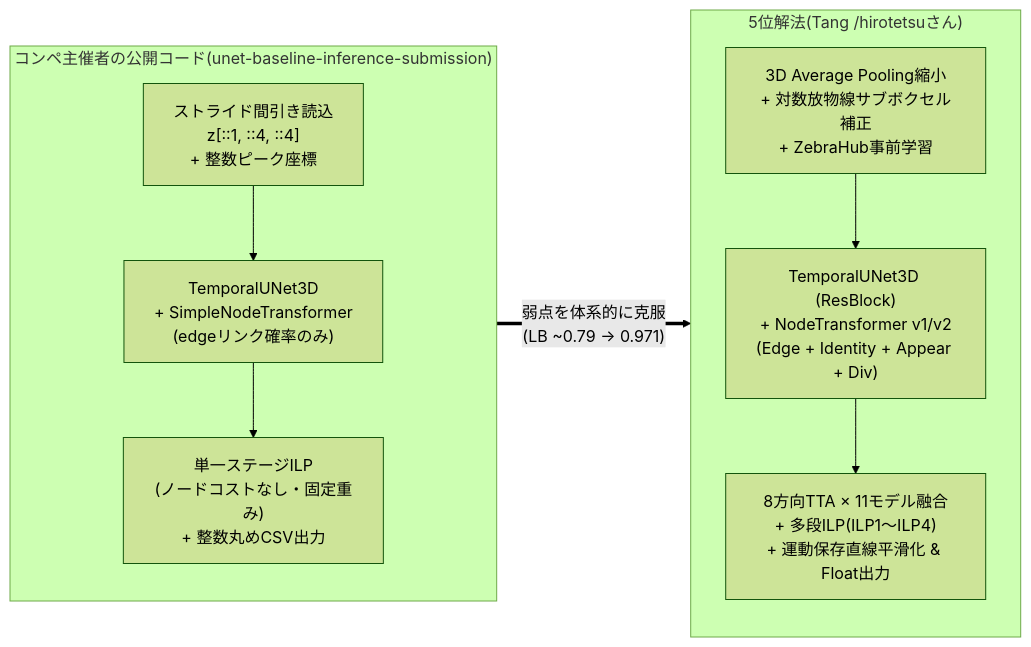
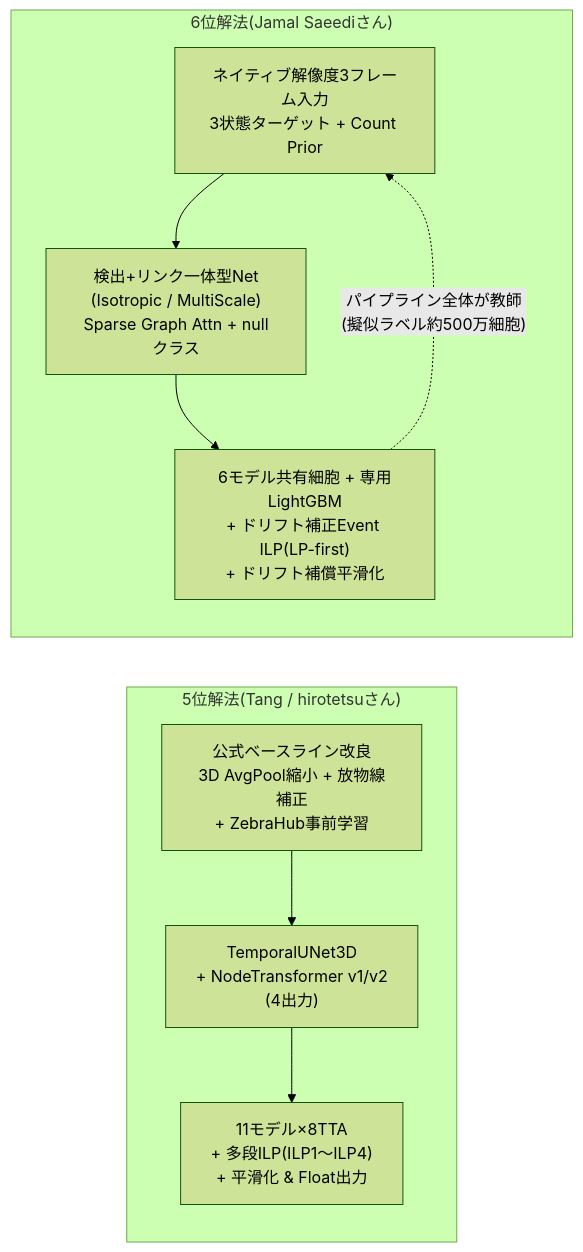
Before and after one commit to kito2718/kgle_001_BCT_Episode: the first of 9 diagrams in episode/Summary&Conclusion/6th-place-summary.md, drawn with Mermaid (forest theme). The commit also changed other lines of this file, not shown here.

````diff
--- a/episode/Summary&Conclusion/6th-place-summary.md
+++ b/episode/Summary&Conclusion/6th-place-summary.md
@@ -83,14 +108,13 @@
 ```mermaid
 flowchart LR
-    subgraph Baseline["コンペ主催者の公開コード(unet-baseline-inference-submission)"]
-        B1["ストライド間引き読込<br/>z[::1, ::4, ::4]<br/>+ 整数ピーク座標"] --> B2["TemporalUNet3D<br/>+ SimpleNodeTransformer<br/>(edgeリンク確率のみ)"]
-        B2 --> B3["単一ステージILP<br/>(ノードコストなし・固定重み)<br/>+ 整数丸めCSV出力"]
+    subgraph Fifth["5位解法(Tang / hirotetsuさん)"]
+        F1["公式ベースライン改良<br/>3D AvgPool縮小 + 放物線補正<br/>+ ZebraHub事前学習"] --> F2["TemporalUNet3D<br/>+ NodeTransformer v1/v2<br/>(4出力)"]
+        F2 --> F3["11モデル×8TTA<br/>+ 多段ILP(ILP1〜ILP4)<br/>+ 平滑化 & Float出力"]
     end
 
-    subgraph Fifth["5位解法(Tang /hirotetsuさん)"]
-        F1["3D Average Pooling縮小<br/>+ 対数放物線サブボクセル補正<br/>+ ZebraHub事前学習"] --> F2["TemporalUNet3D (ResBlock)<br/>+ NodeTransformer v1/v2<br/>(Edge + Identity + Appear + Div)"]
-        F2 --> F3["8方向TTA × 11モデル融合<br/>+ 多段ILP(ILP1〜ILP4)<br/>+ 運動保存直線平滑化 & Float出力"]
+    subgraph Sixth["6位解法(Jamal Saeediさん)"]
+        S1["ネイティブ解像度3フレーム入力<br/>3状態ターゲット + Count Prior"] --> S2["検出+リンク一体型Net<br/>(Isotropic / MultiScale)<br/>Sparse Graph Attn + nullクラス"]
+        S2 --> S3["6モデル共有細胞 + 専用LightGBM<br/>+ ドリフト補正Event ILP(LP-first)<br/>+ ドリフト補償平滑化"]
+        S3 -.->|"パイプライン全体が教師<br/>(擬似ラベル約500万細胞)"| S1
     end
-
-    Baseline ==>|"弱点を体系的に克服<br/>(LB ~0.79 → 0.971)"| Fifth
 ```
````
